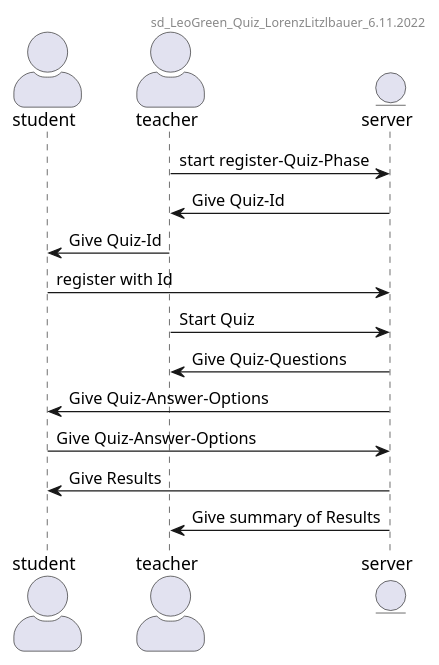
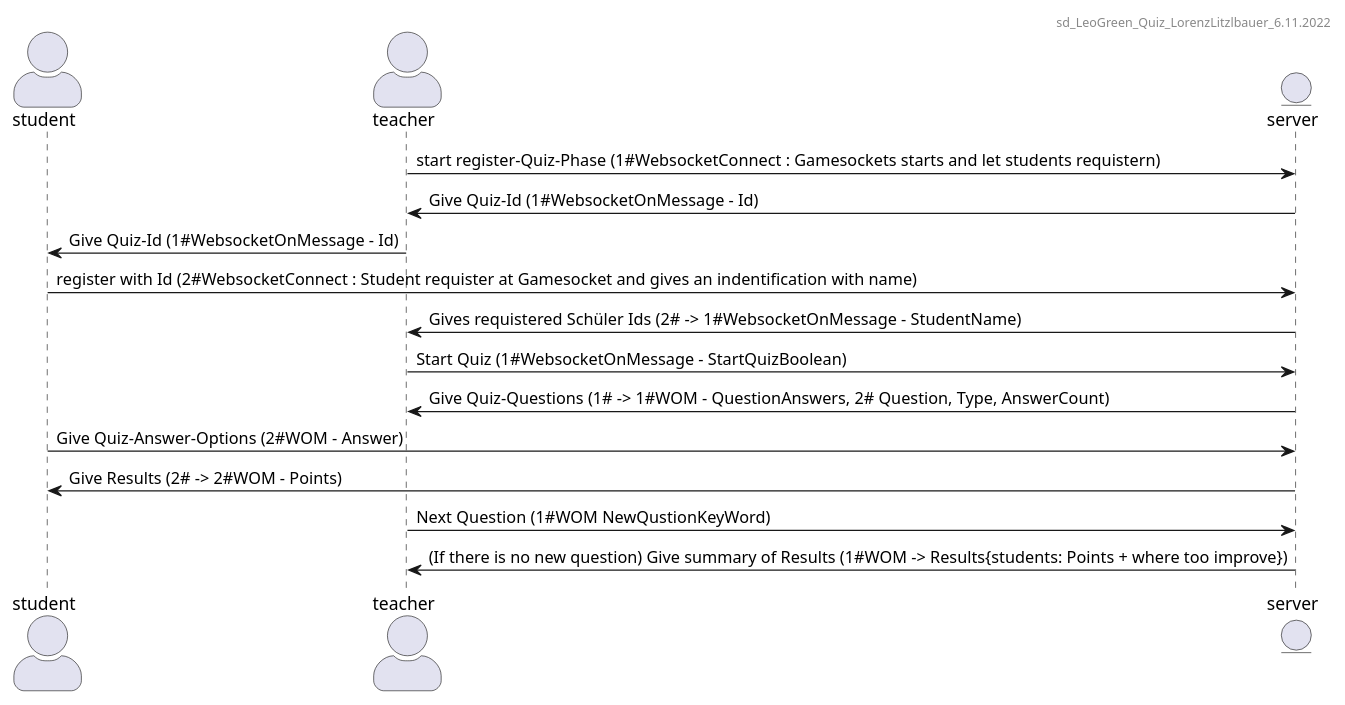
Before and after one commit to Zwerg93/LeoGreen: the diagram in planning/sd_LeoGreen_Quiz.puml, drawn with PlantUML.

Commit message:
thoughts about the game loop

```diff
--- a/planning/sd_LeoGreen_Quiz.puml
+++ b/planning/sd_LeoGreen_Quiz.puml
@@ -1,21 +1,22 @@
 @startuml LeoGreen_Quiz
 skinparam actorStyle awesome
 
 header sd_LeoGreen_Quiz_LorenzLitzlbauer_6.11.2022
 
 actor student as sü
 actor teacher as l
 entity server as se
 
-l -> se : start register-Quiz-Phase 
-se -> l : Give Quiz-Id
-l -> sü : Give Quiz-Id
-sü -> se : register with Id
-l -> se : Start Quiz
-se -> l : Give Quiz-Questions
-se -> sü : Give Quiz-Answer-Options
-sü -> se : Give Quiz-Answer-Options
-se -> sü : Give Results
-se -> l : Give summary of Results
+l -> se : start register-Quiz-Phase (1#WebsocketConnect : Gamesockets starts and let students requistern)
+se -> l : Give Quiz-Id (1#WebsocketOnMessage - Id)
+l -> sü : Give Quiz-Id (1#WebsocketOnMessage - Id)
+sü -> se : register with Id (2#WebsocketConnect : Student requister at Gamesocket and gives an indentification with name)
+se -> l : Gives requistered Schüler Ids (2# -> 1#WebsocketOnMessage - StudentName)
+l -> se : Start Quiz (1#WebsocketOnMessage - StartQuizBoolean)
+se -> l : Give Quiz-Questions (1# -> 1#WOM - QuestionAnswers, 2# Question, Type, AnswerCount)
+sü -> se : Give Quiz-Answer-Options (2#WOM - Answer)
+se -> sü : Give Results (2# -> 2#WOM - Points)
+l -> se : Next Question (1#WOM NewQustionKeyWord)
+se -> l : (If there is no new question) Give summary of Results (1#WOM -> Results{students: Points + where too improve}) 
 
 @enduml
```
